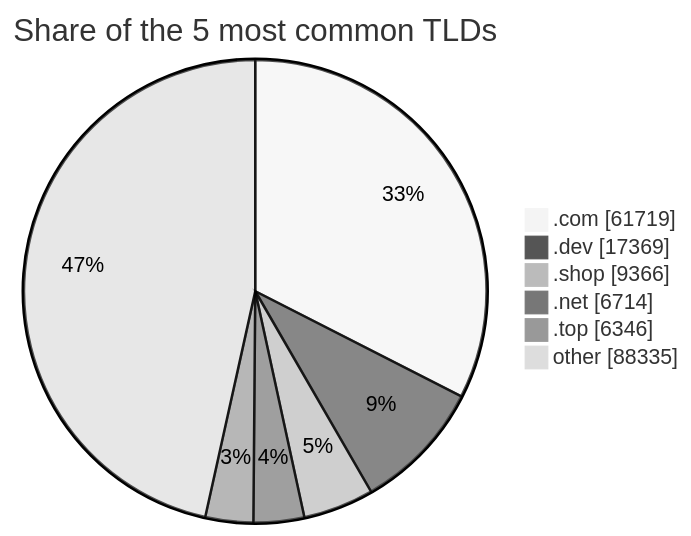
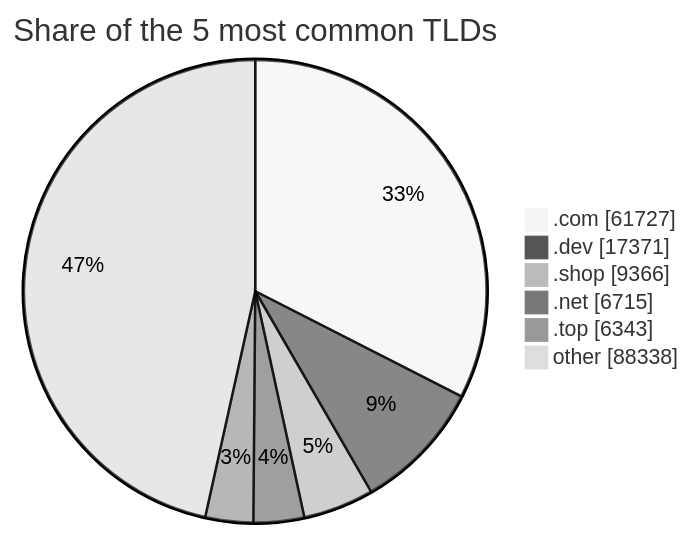
One commit to DNSBunker/CTI changed the third of 3 diagrams in README.md. Above: the diagram before and after it, drawn with Mermaid (neutral theme). The commit also changed other lines of this file and 3 other files, not shown here.

````diff
--- a/README.md
+++ b/README.md
@@ -81,9 +81,9 @@
 ```mermaid
 pie showData title Share of the 5 most common TLDs
-    ".com" : 61719
-    ".dev" : 17369
+    ".com" : 61727
+    ".dev" : 17371
     ".shop" : 9366
-    ".net" : 6714
-    ".top" : 6346
-    "other" : 88335
+    ".net" : 6715
+    ".top" : 6343
+    "other" : 88338
 ```
````
